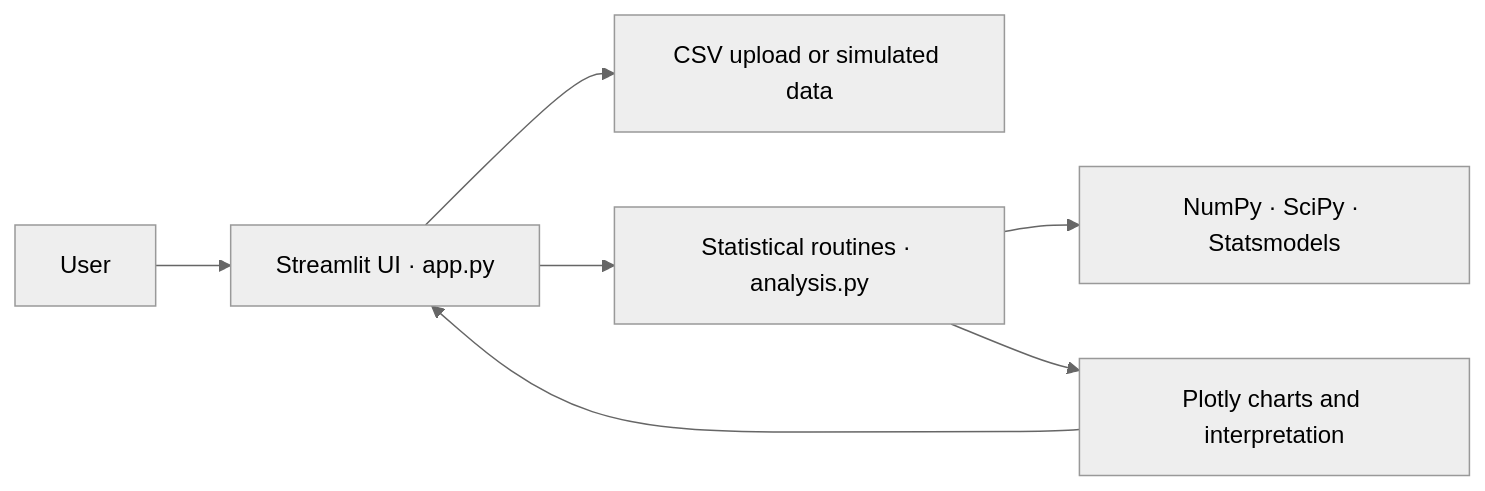
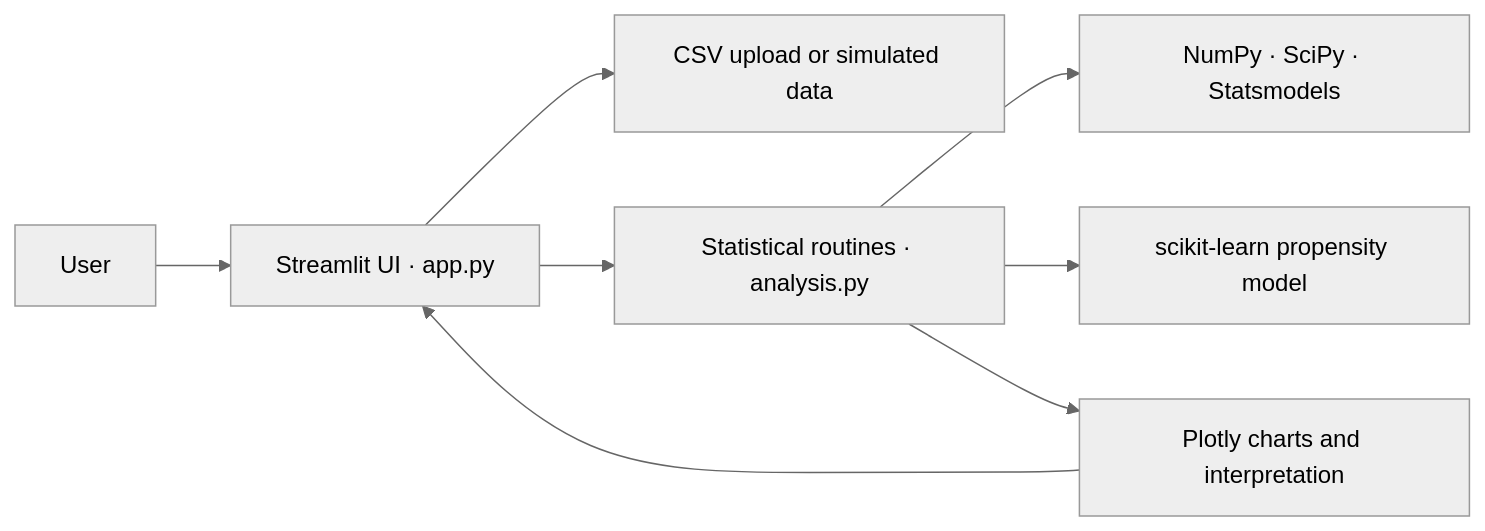
One commit to Harsh0145/Experimentation-Causal-Inference-platform changed the diagram in README.md. Above: the diagram before and after it, drawn with Mermaid (neutral theme). The commit also changed other lines of this file and 3 other files, not shown here.

````diff
--- a/README.md
+++ b/README.md
@@ -47,9 +48,10 @@
 ```mermaid
 flowchart LR
   U[User] --> S[Streamlit UI · app.py]
   S --> D[CSV upload or simulated data]
   S --> A[Statistical routines · analysis.py]
   A --> L[NumPy · SciPy · Statsmodels]
+  A --> M[scikit-learn propensity model]
   A --> V[Plotly charts and interpretation]
   V --> S
 ```
````
